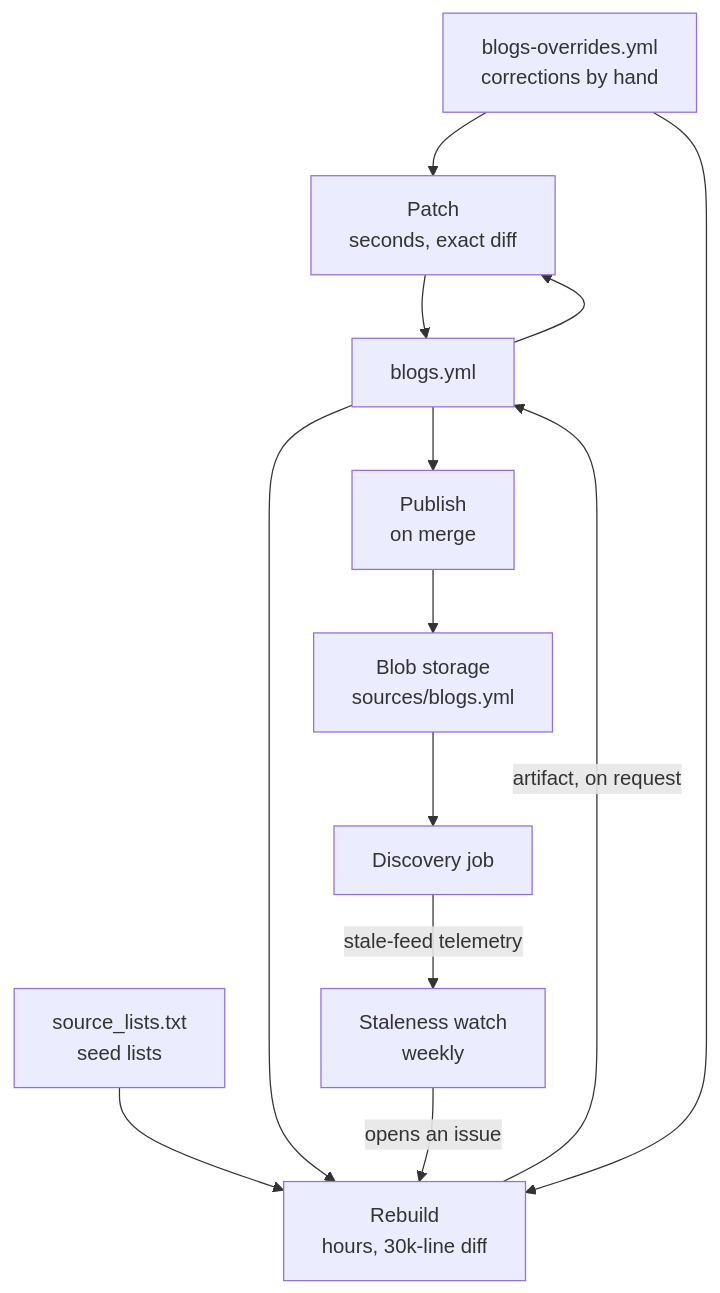
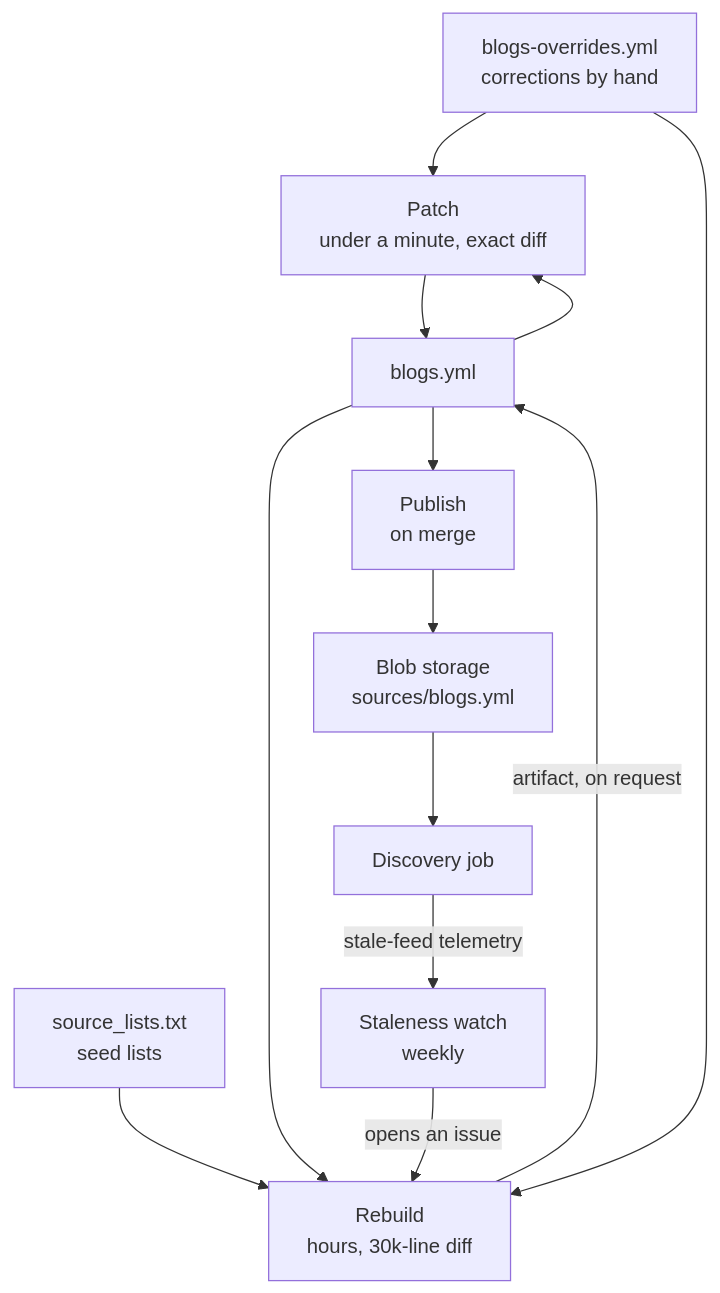
One commit to GitPaulo/blogme changed the first of 2 diagrams in docs/plans/keeping-the-curated-lists-current.md. Above: the diagram before and after it, drawn with Mermaid. The commit also changed other lines of this file and 4 other files, not shown here.

````diff
--- a/docs/plans/keeping-the-curated-lists-current.md
+++ b/docs/plans/keeping-the-curated-lists-current.md
@@ -97,18 +97,18 @@
 ```mermaid
 flowchart TD
-    O["blogs-overrides.yml<br/>corrections by hand"] --> P["Patch<br/>seconds, exact diff"]
+    O["blogs-overrides.yml<br/>corrections by hand"] --> P["Patch<br/>under a minute, exact diff"]
     Y["blogs.yml"] --> P
     P --> Y
 
     S["source_lists.txt<br/>seed lists"] --> R["Rebuild<br/>hours, 30k-line diff"]
     Y --> R
     O --> R
     R -->|"artifact, on request"| Y
 
     Y --> U["Publish<br/>on merge"]
     U --> B["Blob storage<br/>sources/blogs.yml"]
     B --> D["Discovery job"]
 
     D -->|"stale-feed telemetry"| W["Staleness watch<br/>weekly"]
     W -->|"opens an issue"| R
 ```
````
